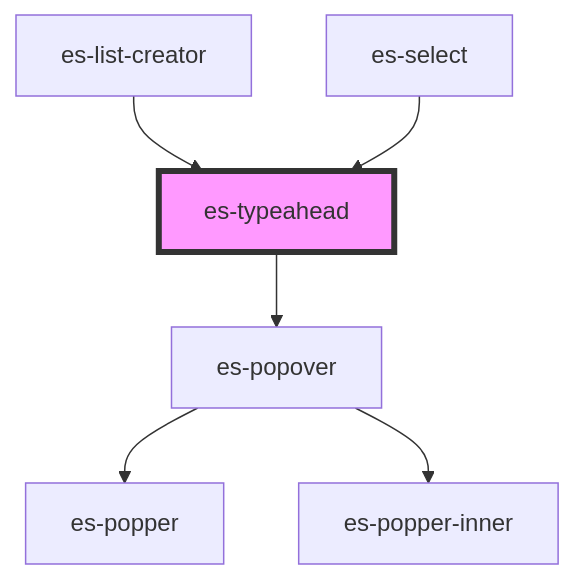
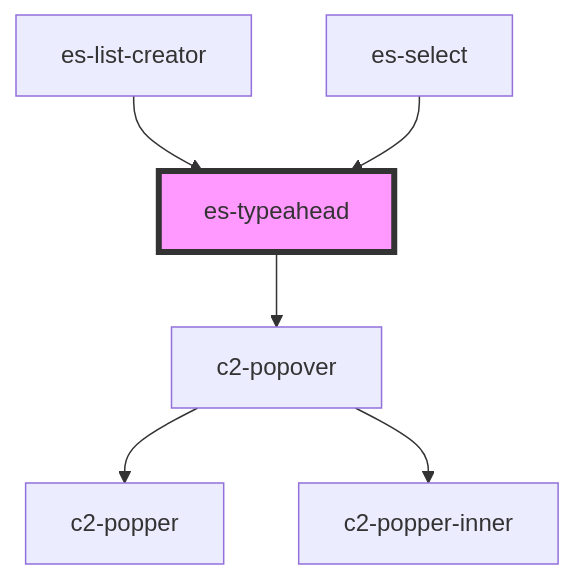
Before and after one commit to EventStore/Design-System: the diagram in packages/fields/src/components/typeahead/readme.md, drawn with Mermaid. The commit also changed other lines of this file and 512 other files, not shown here.

````diff
--- a/packages/fields/src/components/typeahead/readme.md
+++ b/packages/fields/src/components/typeahead/readme.md
@@ -110,9 +110,9 @@
 ```mermaid
 graph TD;
-  es-typeahead --> es-popover
-  es-popover --> es-popper
-  es-popover --> es-popper-inner
+  es-typeahead --> c2-popover
+  c2-popover --> c2-popper
+  c2-popover --> c2-popper-inner
   es-list-creator --> es-typeahead
   es-select --> es-typeahead
   style es-typeahead fill:#f9f,stroke:#333,stroke-width:4px
 ```
````
